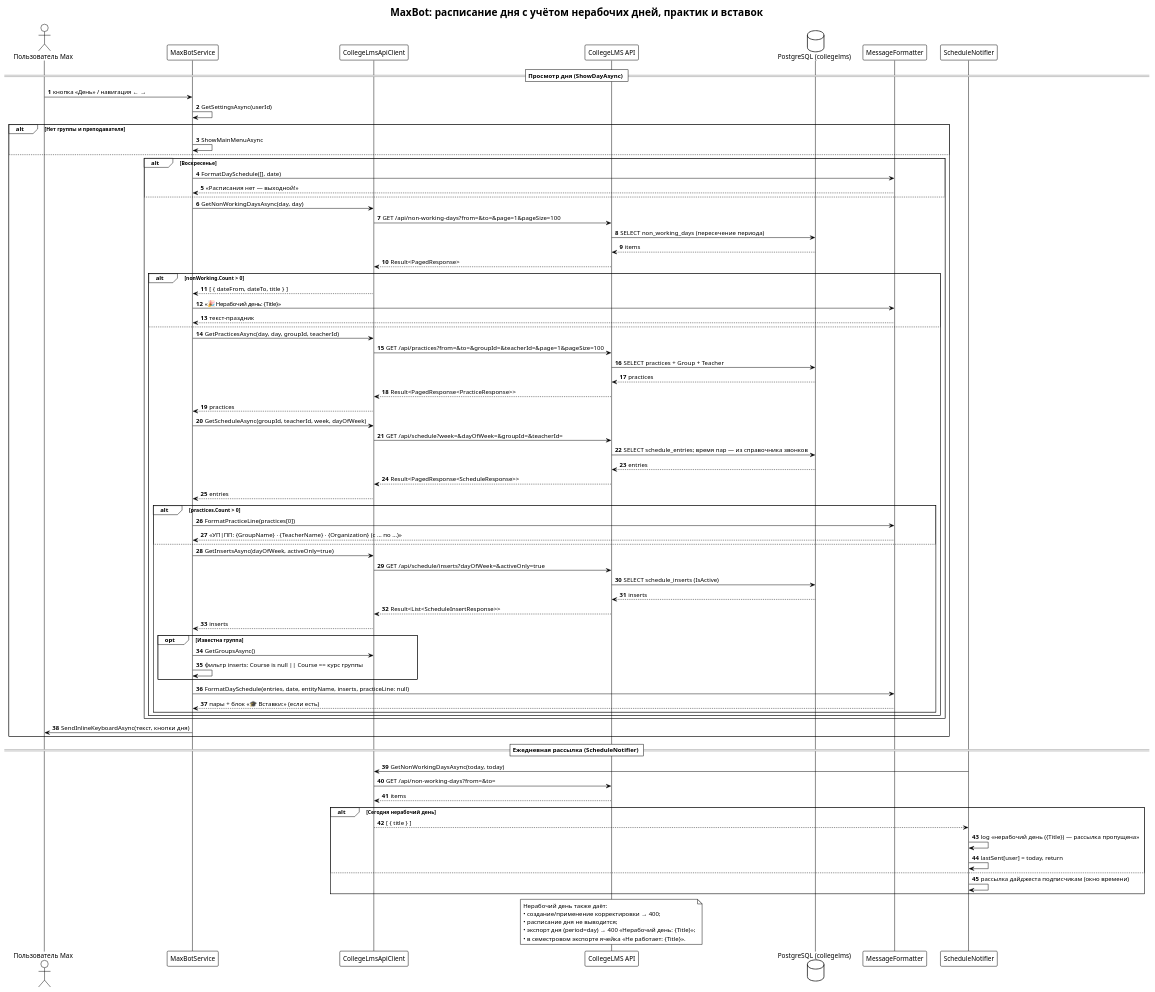
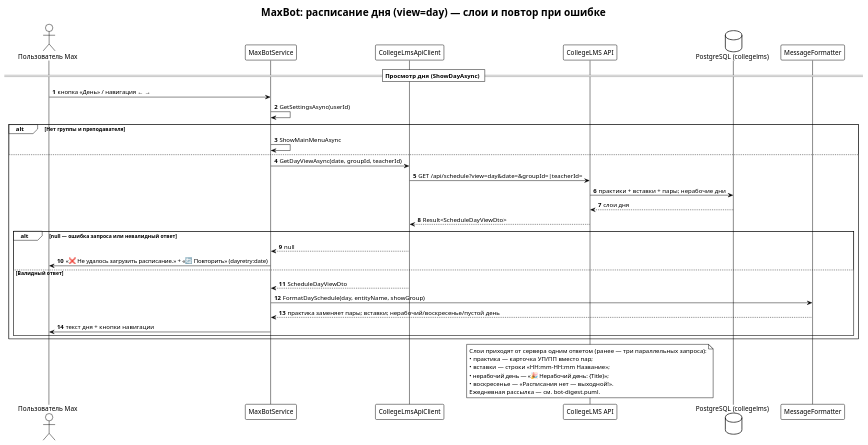
Before and after one commit to artemovsergey/CollegeLMS: the diagram in docs/diagrams/sequence/bot-day-view.puml, drawn with PlantUML. The commit also changed 3 other files, not shown here.

Commit message:
docs: диаграммы онбординга и рассылки, пост-фактум ТЗ

```diff
--- a/docs/diagrams/sequence/bot-day-view.puml
+++ b/docs/diagrams/sequence/bot-day-view.puml
@@ -1,92 +1,46 @@
 @startuml
 !theme plain
-title MaxBot: расписание дня с учётом нерабочих дней, практик и вставок
+title MaxBot: расписание дня (view=day) — слои и повтор при ошибке
 autonumber
 
 actor "Пользователь Max" as User
 participant "MaxBotService" as Bot
 participant "CollegeLmsApiClient" as Api
 participant "CollegeLMS API" as LMS
 database "PostgreSQL (collegelms)" as DB
 participant "MessageFormatter" as Fmt
 
 == Просмотр дня (ShowDayAsync) ==
 
 User -> Bot: кнопка «День» / навигация ← →
 Bot -> Bot: GetSettingsAsync(userId)
 alt Нет группы и преподавателя
   Bot -> Bot: ShowMainMenuAsync
 else
-  alt Воскресенье
-    Bot -> Fmt: FormatDaySchedule([], date)
-    Fmt --> Bot: «Расписания нет — выходной!»
-  else
-    Bot -> Api: GetNonWorkingDaysAsync(day, day)
-    Api -> LMS: GET /api/non-working-days?from=&to=&page=1&pageSize=100
-    LMS -> DB: SELECT non_working_days (пересечение периода)
-    DB --> LMS: items
-    LMS --> Api: Result<PagedResponse>
-    alt nonWorking.Count > 0
-      Api --> Bot: [ { dateFrom, dateTo, title } ]
-      Bot -> Fmt: «🎉 Нерабочий день: {Title}»
-      Fmt --> Bot: текст-праздник
-    else
-      Bot -> Api: GetPracticesAsync(day, day, groupId, teacherId)
-      Api -> LMS: GET /api/practices?from=&to=&groupId=&teacherId=&page=1&pageSize=100
-      LMS -> DB: SELECT practices + Group + Teacher
-      DB --> LMS: practices
-      LMS --> Api: Result<PagedResponse<PracticeResponse>>
-      Api --> Bot: practices
+  Bot -> Api: GetDayViewAsync(date, groupId, teacherId)
+  Api -> LMS: GET /api/schedule?view=day&date=&groupId=|teacherId=
+  LMS -> DB: практики + вставки + пары; нерабочие дни
+  DB --> LMS: слои дня
+  LMS --> Api: Result<ScheduleDayViewDto>
 
-      Bot -> Api: GetScheduleAsync(groupId, teacherId, week, dayOfWeek)
-      Api -> LMS: GET /api/schedule?week=&dayOfWeek=&groupId=&teacherId=
-      LMS -> DB: SELECT schedule_entries; время пар — из справочника звонков
-      DB --> LMS: entries
-      LMS --> Api: Result<PagedResponse<ScheduleResponse>>
-      Api --> Bot: entries
-
-      alt practices.Count > 0
-        Bot -> Fmt: FormatPracticeLine(practices[0])
-        Fmt --> Bot: «УП|ПП: {GroupName} · {TeacherName} · {Organization} (с … по …)»
-      else
-        Bot -> Api: GetInsertsAsync(dayOfWeek, activeOnly=true)
-        Api -> LMS: GET /api/schedule/inserts?dayOfWeek=&activeOnly=true
-        LMS -> DB: SELECT schedule_inserts (IsActive)
-        DB --> LMS: inserts
-        LMS --> Api: Result<List<ScheduleInsertResponse>>
-        Api --> Bot: inserts
-        opt Известна группа
-          Bot -> Api: GetGroupsAsync()
-          Bot -> Bot: фильтр inserts: Course is null || Course == курс группы
-        end
-        Bot -> Fmt: FormatDaySchedule(entries, date, entityName, inserts, practiceLine: null)
-        Fmt --> Bot: пары + блок «🎓 Вставки:» (если есть)
-      end
-    end
+  alt null — ошибка запроса или невалидный ответ
+    Api --> Bot: null
+    Bot -> User: «❌ Не удалось загрузить расписание.» + «🔄 Повторить» (dayretry:date)
+  else Валидный ответ
+    Api --> Bot: ScheduleDayViewDto
+    Bot -> Fmt: FormatDaySchedule(day, entityName, showGroup)
+    Fmt --> Bot: практика заменяет пары; вставки; нерабочий/воскресенье/пустой день
+    Bot -> User: текст дня + кнопки навигации
   end
-  Bot -> User: SendInlineKeyboardAsync(текст, кнопки дня)
-end
-
-== Ежедневная рассылка (ScheduleNotifier) ==
-
-participant "ScheduleNotifier" as Notifier
-Notifier -> Api: GetNonWorkingDaysAsync(today, today)
-Api -> LMS: GET /api/non-working-days?from=&to=
-LMS --> Api: items
-alt Сегодня нерабочий день
-  Api --> Notifier: [ { title } ]
-  Notifier -> Notifier: log «нерабочий день ({Title}) — рассылка пропущена»
-  Notifier -> Notifier: lastSent[user] = today, return
-else
-  Notifier -> Notifier: рассылка дайджеста подписчикам (окно времени)
 end
 
 note over LMS
-  Нерабочий день также даёт:
-  • создание/применение корректировки → 400;
-  • расписание дня не выводится;
-  • экспорт дня (period=day) → 400 «Нерабочий день: {Title}»;
-  • в семестровом экспорте ячейка «Не работает: {Title}».
+  Слои приходят от сервера одним ответом (ранее — три параллельных запроса):
+  • практика — карточка УП/ПП вместо пар;
+  • вставки — строки «HH:mm–HH:mm Название»;
+  • нерабочий день — «🎉 Нерабочий день: {Title}»;
+  • воскресенье — «Расписания нет — выходной!».
+  Ежедневная рассылка — см. bot-digest.puml.
 end note
 
 @enduml
```
